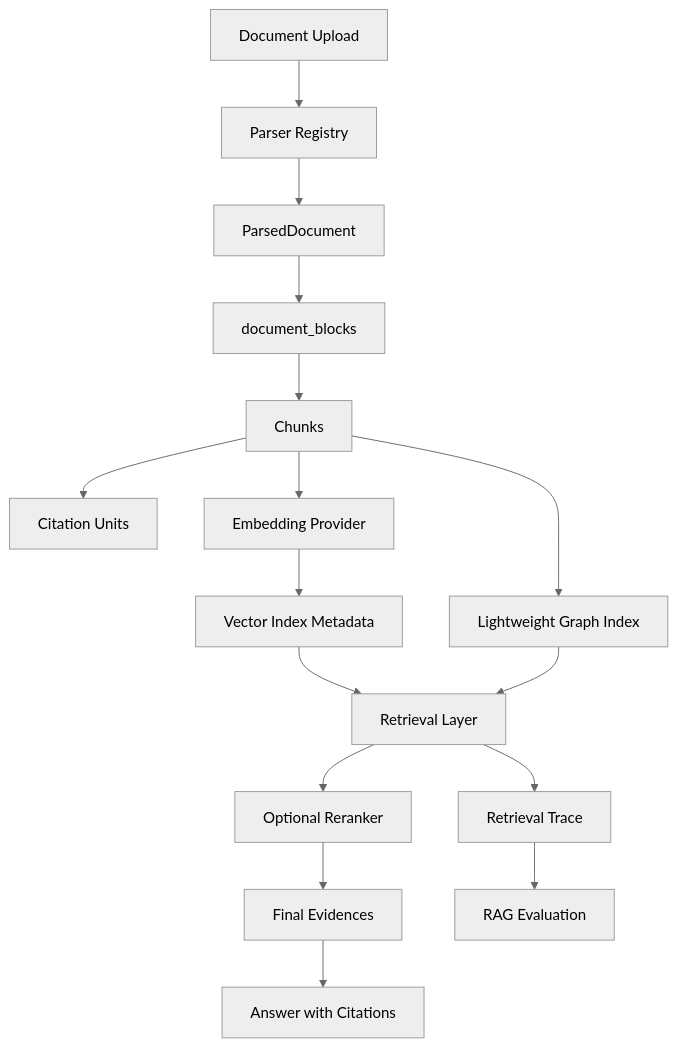
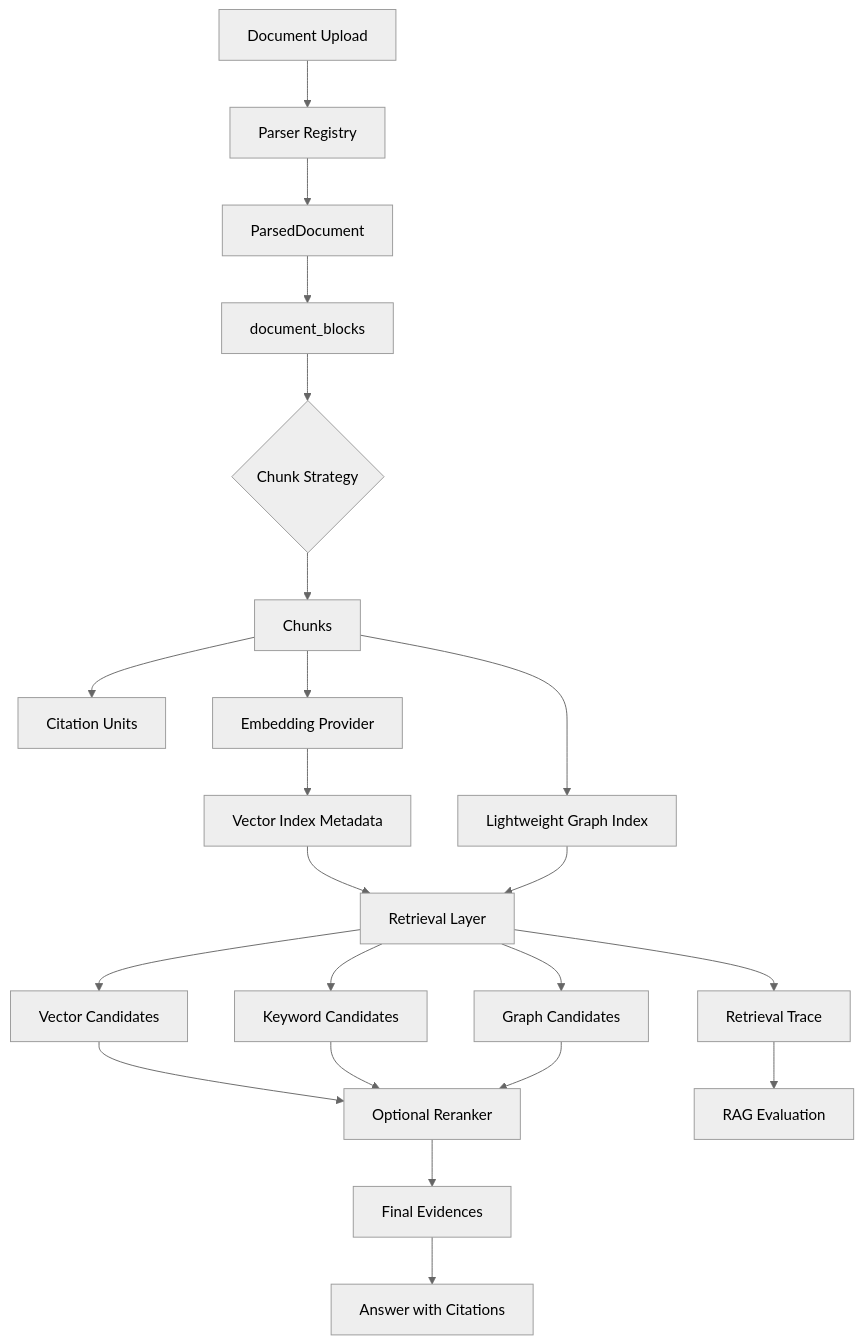
One commit to pmk915/purelink changed the diagram in docs/rag/rag-pipeline.md. Above: the diagram before and after it, drawn with Mermaid (neutral theme). The commit also changed other lines of this file and 45 other files, not shown here.

````diff
--- a/docs/rag/rag-pipeline.md
+++ b/docs/rag/rag-pipeline.md
@@ -12,18 +12,24 @@
 ```mermaid
 flowchart TD
   A[Document Upload] --> B[Parser Registry]
   B --> C[ParsedDocument]
   C --> D[document_blocks]
-  D --> E[Chunks]
+  D --> S{Chunk Strategy}
+  S --> E[Chunks]
   E --> F[Citation Units]
   E --> G[Embedding Provider]
   G --> H[Vector Index Metadata]
   E --> I[Lightweight Graph Index]
   H --> J[Retrieval Layer]
   I --> J
-  J --> K[Optional Reranker]
+  J --> V[Vector Candidates]
+  J --> T[Keyword Candidates]
+  J --> X[Graph Candidates]
+  V --> K[Optional Reranker]
+  T --> K
+  X --> K
   K --> L[Final Evidences]
   L --> M[Answer with Citations]
   J --> N[Retrieval Trace]
   N --> O[RAG Evaluation]
 ```
````
